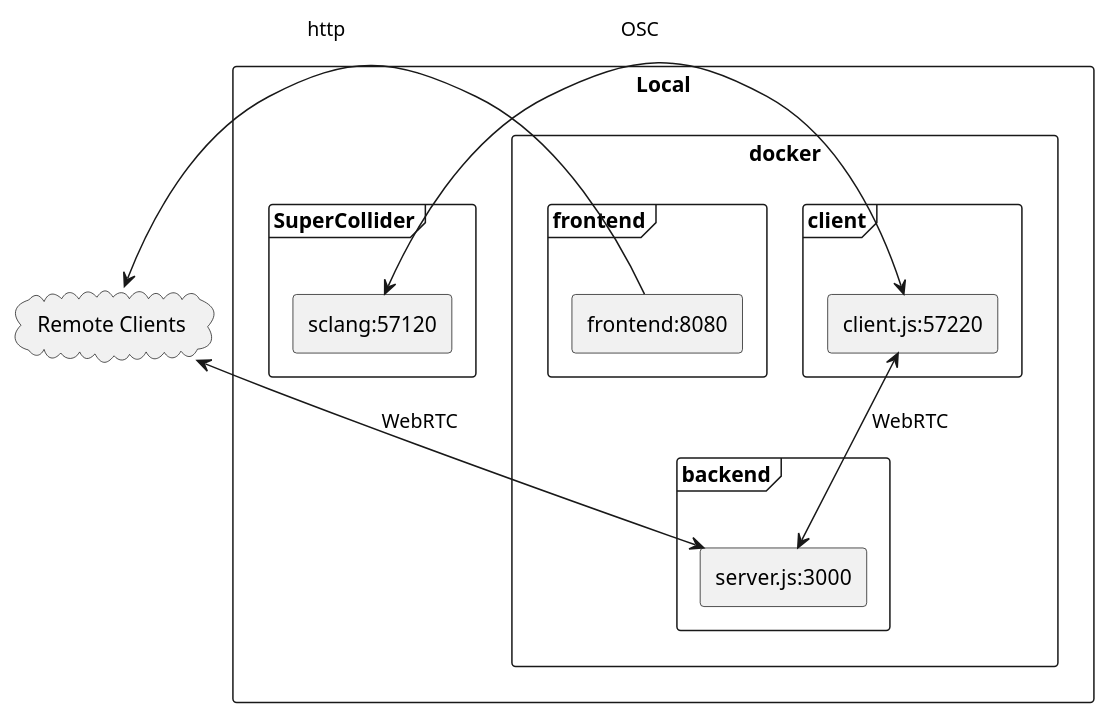
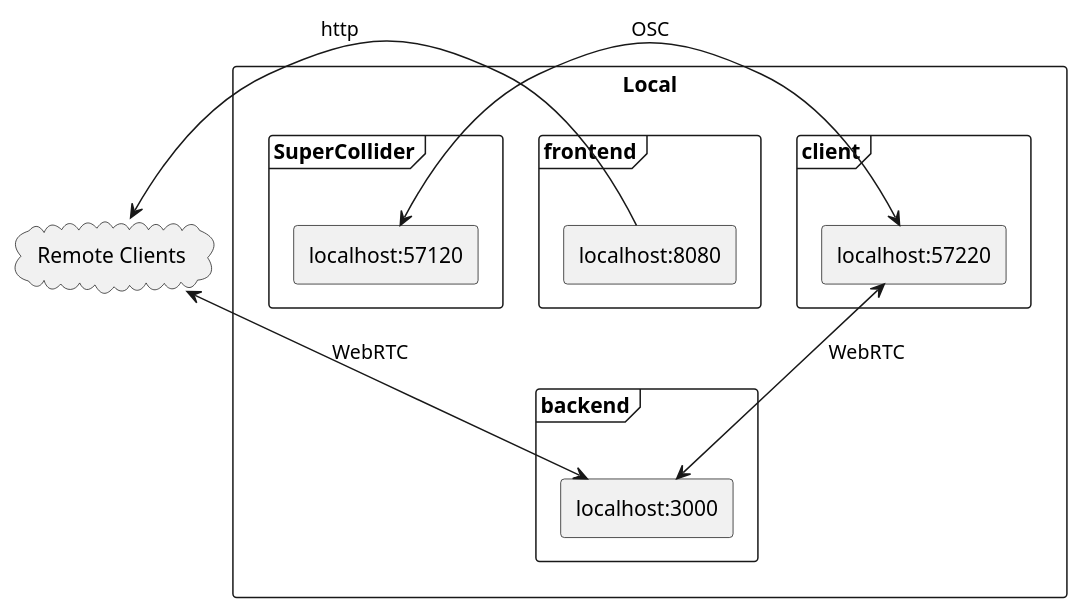
Before and after one commit to capital-G/webRTCgui: the diagram in docs/dev.pu, drawn with PlantUML. The commit also changed 3 other files, not shown here.

```diff
--- a/docs/dev.pu
+++ b/docs/dev.pu
@@ -1,33 +1,32 @@
 @startuml
 
 rectangle "Local" {
-  rectangle "docker" as localdocker {
     frame client {
-      rectangle "client.js:57220" as LocalClient
+      rectangle "localhost:57220" as LocalClient
     }
     frame frontend {
-      rectangle "frontend:8080" as LocalFrontend
+      rectangle "localhost:8080" as LocalFrontend
     }
     frame backend {
-      rectangle "server.js:3000" as LocalServer
+      rectangle "localhost:3000" as LocalServer
     }
-  }
+
   frame "SuperCollider" {
-    rectangle "sclang:57120" as sclang
+    rectangle "localhost:57120" as sclang
   }
 }
 
 cloud "Remote Clients" as RemoteClients
 
 
 RemoteClients <- LocalFrontend : "http"
 
 RemoteClients <-> LocalServer : "WebRTC"
 
 
 LocalClient <--> LocalServer : "WebRTC"
 
 sclang <-> LocalClient : "OSC"
 
 
 @enduml
```
